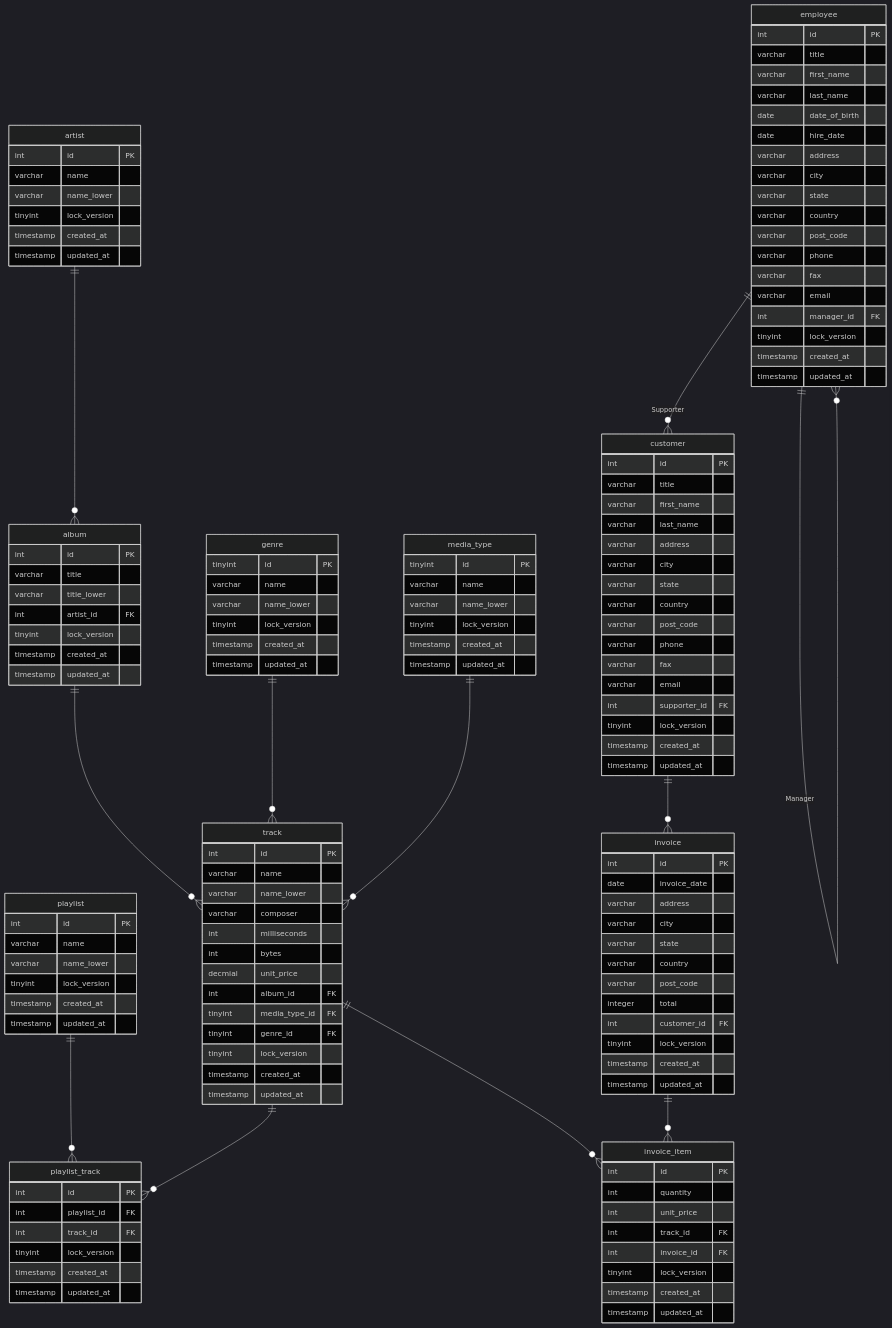
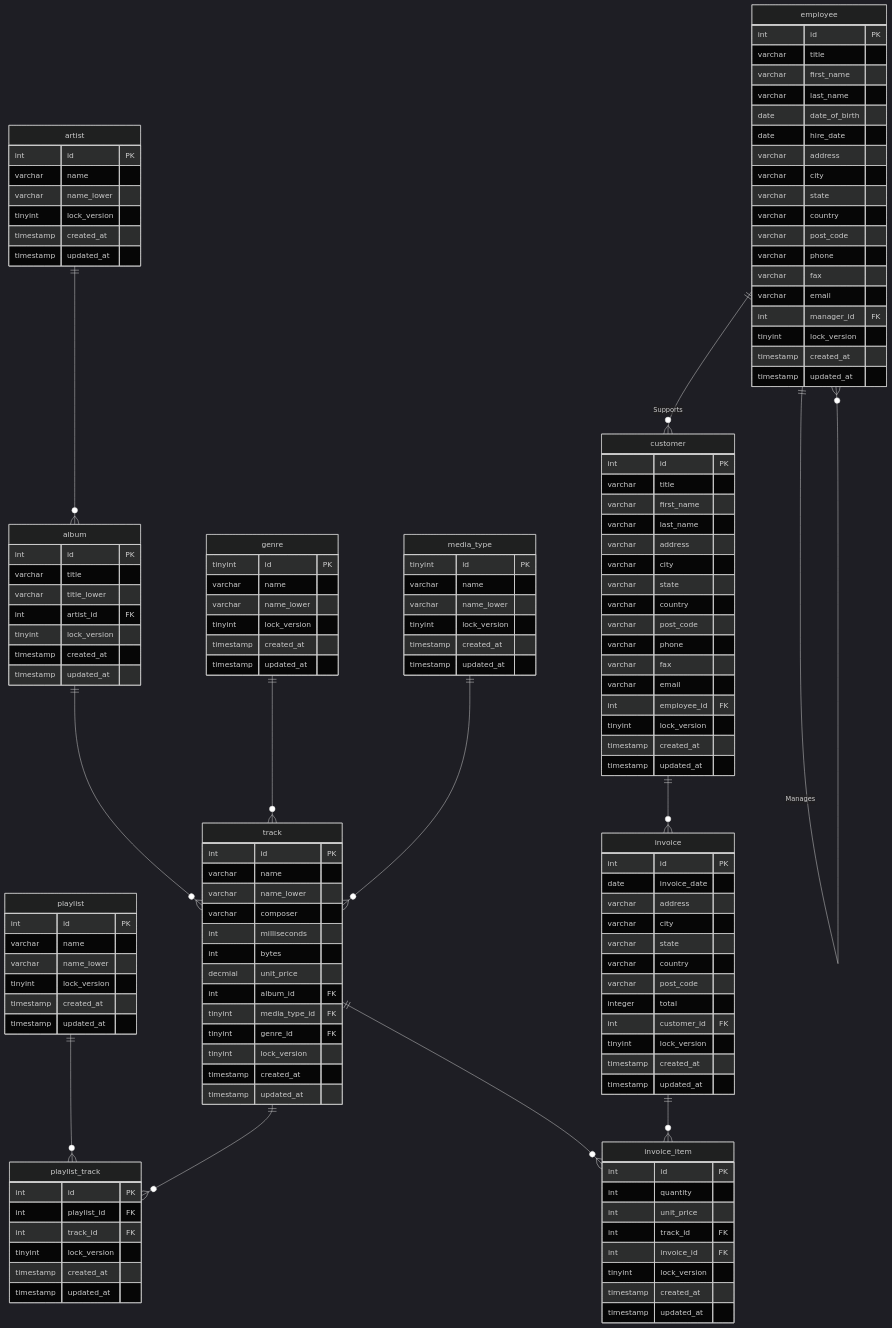
One commit to dooley-ch/mistral changed the second of 3 diagrams in docs/mysql.md. Above: the diagram before and after it, drawn with Mermaid (dark theme). The commit also changed other lines of this file and 2 other files, not shown here.

```diff
--- a/docs/mysql.md
+++ b/docs/mysql.md
@@ -75,8 +75,8 @@
      
     customer ||--o{ invoice : ""
      
-    employee ||--o{ customer : "Supporter"
-    employee ||--o{ employee : Manager
+    employee ||--o{ customer : "Supports"
+    employee ||--o{ employee : "Manages"
      
     artist {
         int id PK
@@ -188,7 +188,7 @@
         varchar phone
         varchar fax
         varchar email
-        int supporter_id FK
+        int employee_id FK
         tinyint lock_version
         timestamp created_at
         timestamp updated_at
```
